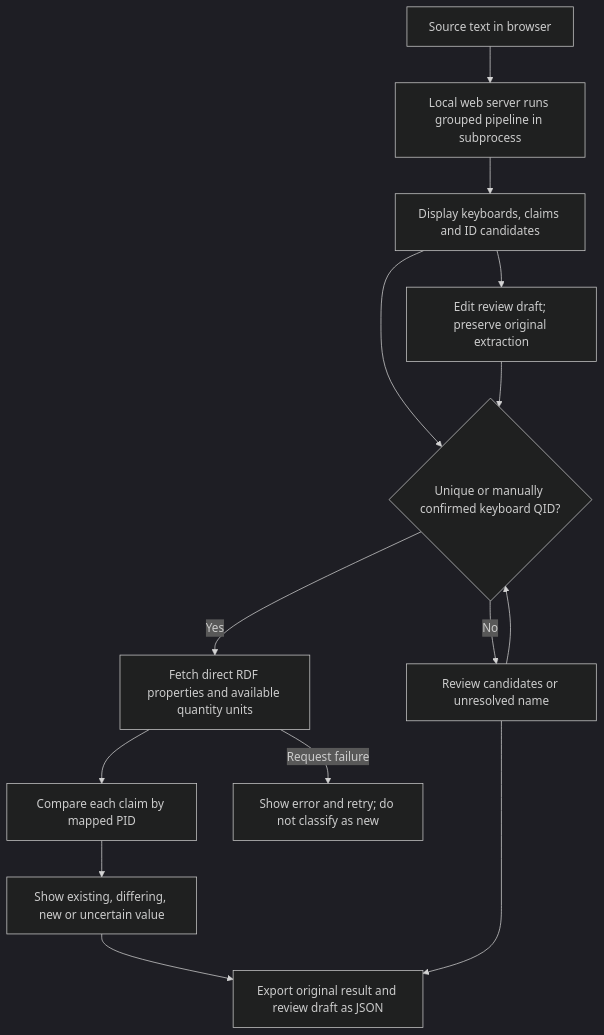
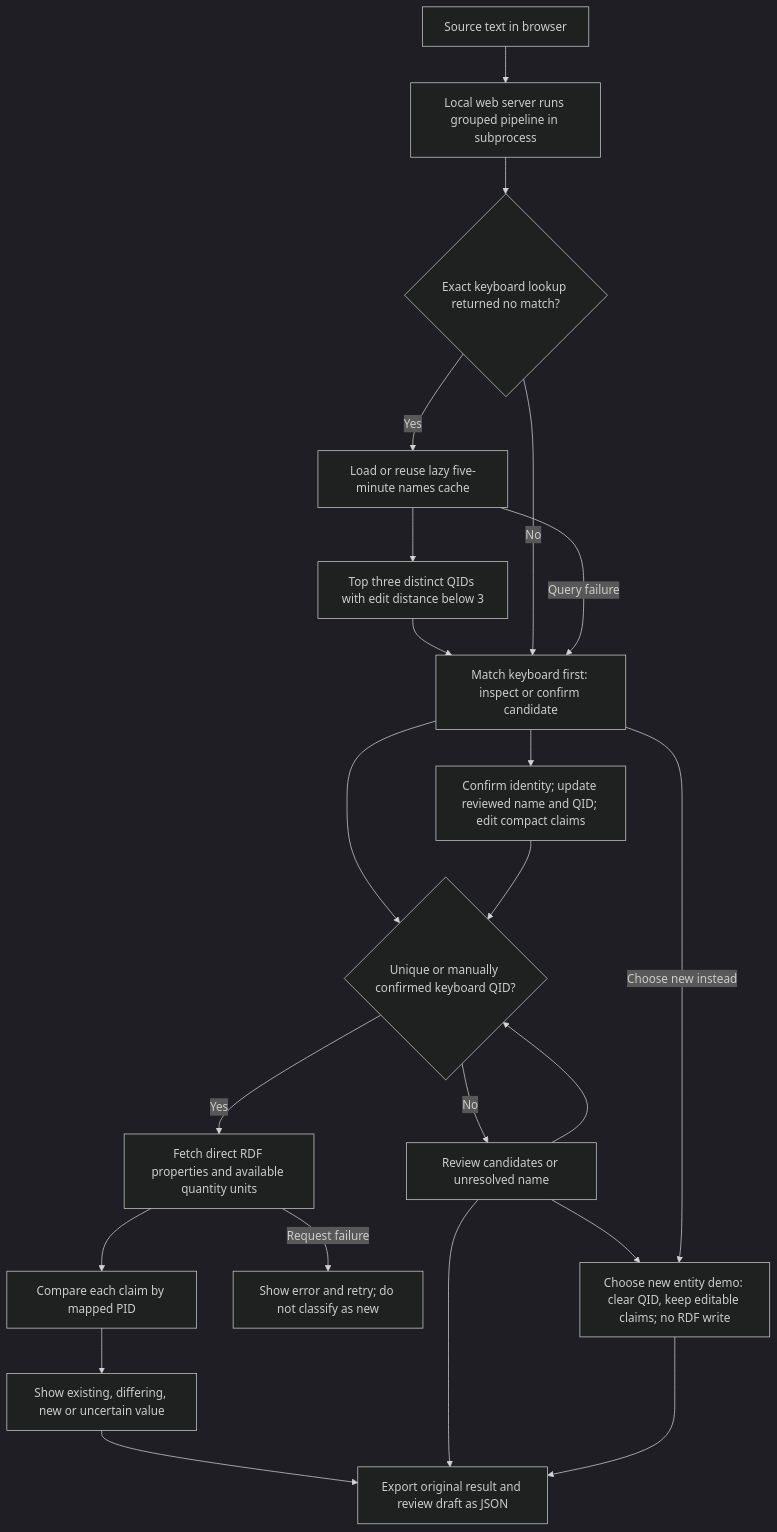
The second of 2 diagrams in workflow.md (hawks23/anywikia), drawn with Mermaid (dark theme) before and after one commit. The commit also changed other lines of this file and 7 other files, not shown here.

First line of the commit message:
Refresh run guides, limitations, and review workflow diagrams

````diff
--- a/workflow.md
+++ b/workflow.md
@@ -44,16 +44,24 @@
 ```mermaid
 flowchart TD
     A[Source text in browser] --> B[Local web server runs grouped pipeline in subprocess]
-    B --> C[Display keyboards, claims and ID candidates]
+    B --> S{Exact keyboard lookup returned no match?}
+    S -- Yes --> T[Load or reuse lazy five-minute names cache]
+    T --> U[Top three distinct QIDs with edit distance below 3]
+    U --> C[Match keyboard first: inspect or confirm candidate]
+    S -- No --> C
+    T -- Query failure --> C
     C --> D{Unique or manually confirmed keyboard QID?}
     D -- Yes --> E[Fetch direct RDF properties and available quantity units]
     E --> F[Compare each claim by mapped PID]
     F --> G[Show existing, differing, new or uncertain value]
     E -- Request failure --> H[Show error and retry; do not classify as new]
     D -- No --> I[Review candidates or unresolved name]
     I --> D
-    C --> J[Edit review draft; preserve original extraction]
+    I --> X[Choose new entity demo: clear QID, keep editable claims; no RDF write]
+    C --> J[Confirm identity; update reviewed name and QID; edit compact claims]
     J --> D
     G --> K[Export original result and review draft as JSON]
     I --> K
+    C -- Choose new instead --> X
+    X --> K
 ```
````
